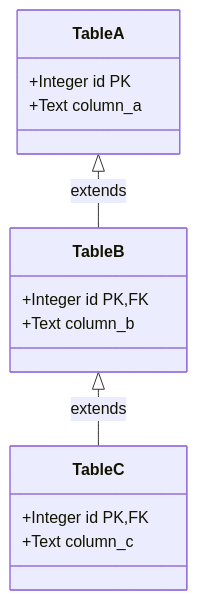
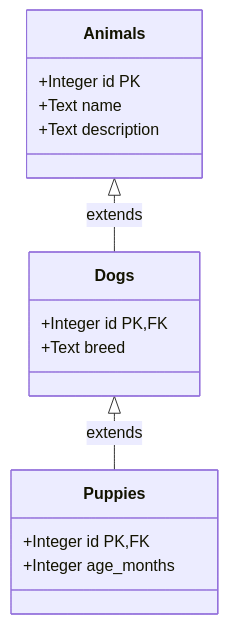
One commit to LucaCappelletti94/diesel-builders changed the fourth of 7 diagrams in README.md. Above: the diagram before and after it, drawn with Mermaid. The commit also changed other lines of this file and 6 other files, not shown here.

````diff
--- a/README.md
+++ b/README.md
@@ -92,18 +91,19 @@
 ```mermaid
 classDiagram
     direction BT
-    class TableA {
+    class Animals {
         +Integer id PK
-        +Text column_a
+        +Text name
+        +Text description
     }
-    class TableB {
+    class Dogs {
         +Integer id PK,FK
-        +Text column_b
+        +Text breed
     }
-    class TableC {
+    class Puppies {
         +Integer id PK,FK
-        +Text column_c
+        +Integer age_months
     }
-    TableB --|> TableA : extends
-    TableC --|> TableB : extends
+    Dogs --|> Animals : extends
+    Puppies --|> Dogs : extends
 ```
````
